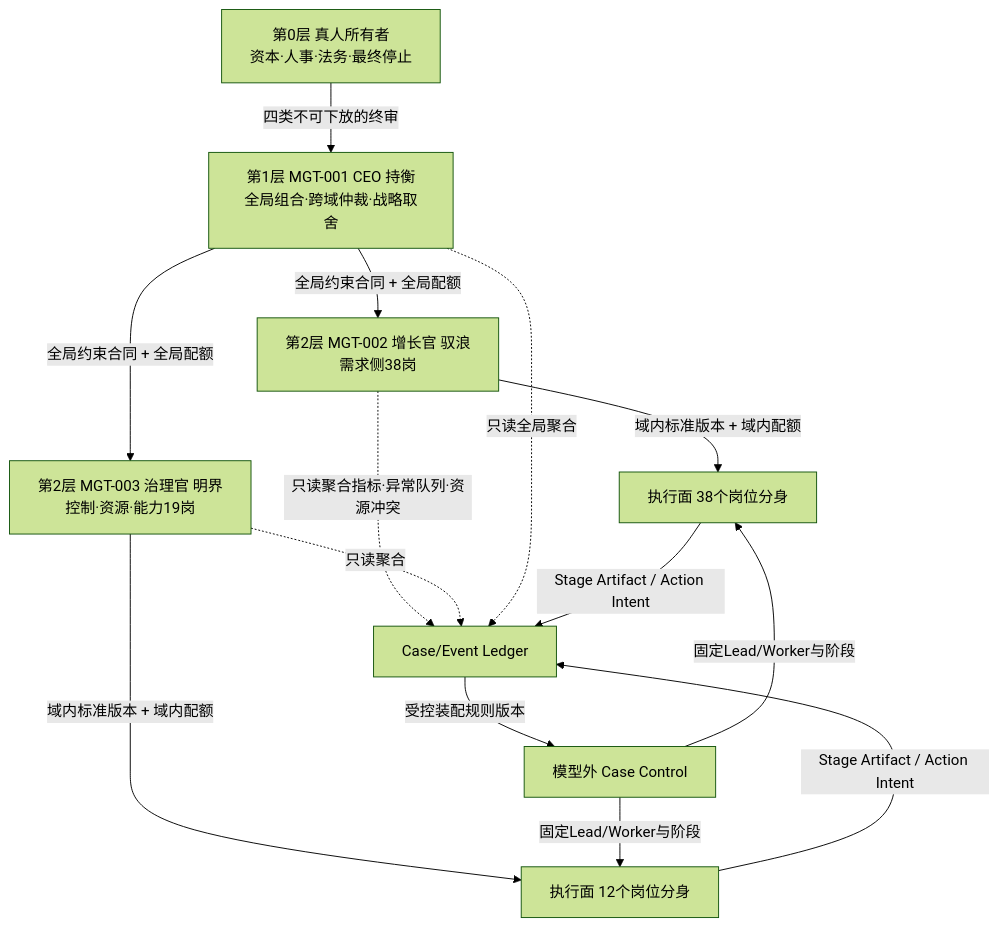
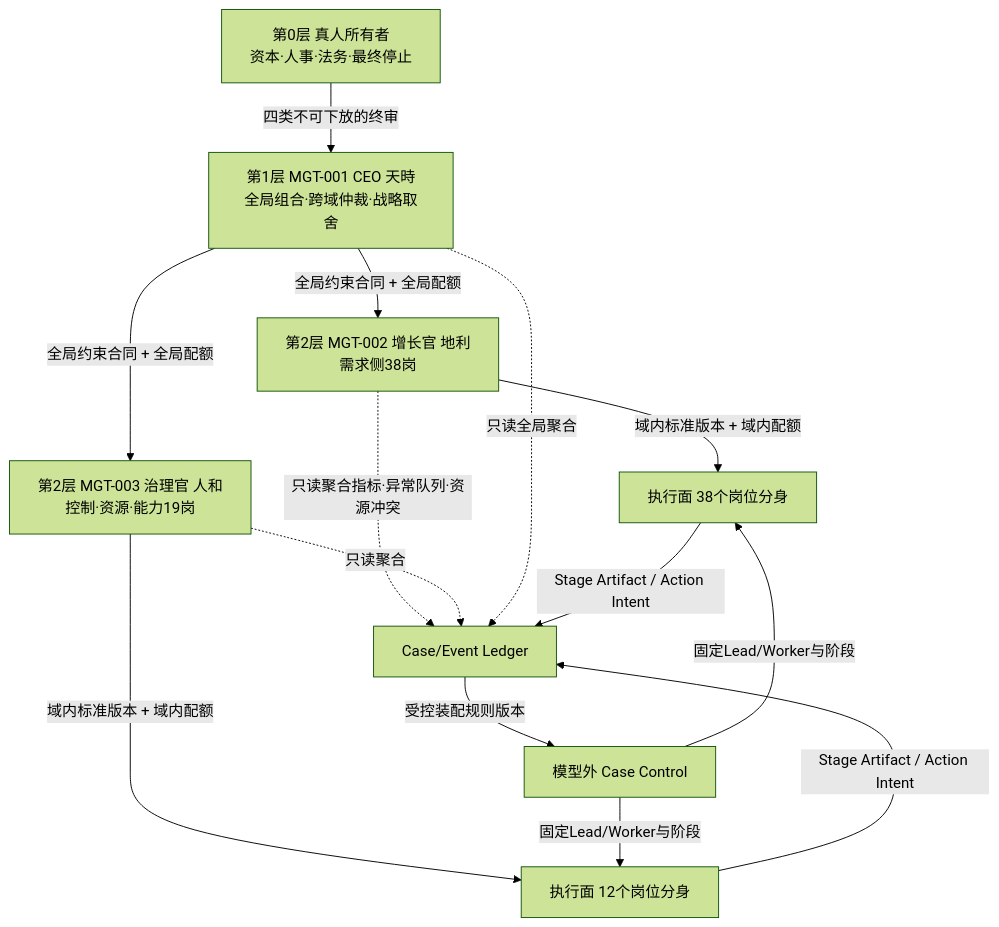
Before and after one commit to zjgulai/AI-Native-Organization: the diagram in docs/04-organization/MANAGEMENT-LAYER.md, drawn with Mermaid (forest theme). The commit also changed other lines of this file and 371 other files, not shown here.

````diff
--- a/docs/04-organization/MANAGEMENT-LAYER.md
+++ b/docs/04-organization/MANAGEMENT-LAYER.md
@@ -47,21 +47,21 @@
 ```mermaid
 flowchart TB
   H["第0层 真人所有者<br/>资本·人事·法务·最终停止"]
-  M1["第1层 MGT-001 CEO 持衡<br/>全局组合·跨域仲裁·战略取舍"]
-  M2["第2层 MGT-002 增长官 驭浪<br/>需求侧38岗"]
-  M3["第2层 MGT-003 治理官 明界<br/>控制·资源·能力19岗"]
+  M1["第1层 MGT-001 CEO 天時<br/>全局组合·跨域仲裁·战略取舍"]
+  M2["第2层 MGT-002 增长官 地利<br/>需求侧38岗"]
+  M3["第2层 MGT-003 治理官 人和<br/>控制·资源·能力19岗"]
 
   H -->|四类不可下放的终审| M1
   M1 -->|全局约束合同 + 全局配额| M2
   M1 -->|全局约束合同 + 全局配额| M3
   M2 -->|域内标准版本 + 域内配额| E1["执行面 38个岗位分身"]
   M3 -->|域内标准版本 + 域内配额| E2["执行面 12个岗位分身"]
   M2 -.->|只读聚合指标·异常队列·资源冲突| L[Case/Event Ledger]
   M3 -.->|只读聚合| L
   M1 -.->|只读全局聚合| L
   E1 -->|Stage Artifact / Action Intent| L
   E2 -->|Stage Artifact / Action Intent| L
   L -->|受控装配规则版本| CC[模型外 Case Control]
   CC -->|固定Lead/Worker与阶段| E1
   CC -->|固定Lead/Worker与阶段| E2
 ```
````
